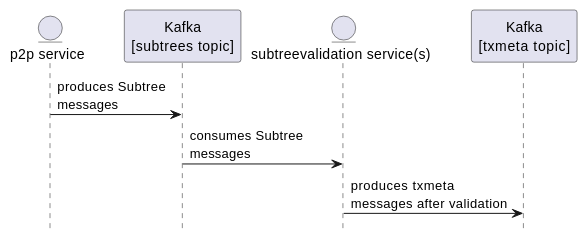
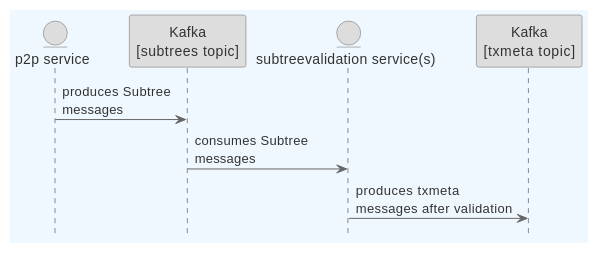
One commit to freemans13/teranode changed the diagram in services/subtreevalidation/README.md. Above: the diagram before and after it, drawn with PlantUML. The commit also changed 352 other files, not shown here.

````diff
--- a/services/subtreevalidation/README.md
+++ b/services/subtreevalidation/README.md
@@ -12,16 +12,38 @@
 ```plantuml
 @startuml
+skinparam backgroundColor #F0F8FF
+skinparam defaultFontColor #333333
+skinparam arrowColor #666666
+
+' Define borders for all elements
+skinparam entity {
+  BorderColor #666666
+  BackgroundColor #DDDDDD
+}
+
+skinparam control {
+  BorderColor #666666
+  BackgroundColor #DDDDDD
+}
+
+skinparam participant {
+  BorderColor #666666
+  BackgroundColor #DDDDDD
+}
+
+
+
 hide footbox
 
 entity "p2p service" as p2p
 participant "Kafka\n[subtrees topic]" as subtreesTopic
 entity "subtreevalidation service(s)" as subtreeValidation
 participant "Kafka\n[txmeta topic]" as txmetaTopic
 
 p2p -> subtreesTopic : produces Subtree\nmessages
 subtreesTopic -> subtreeValidation : consumes Subtree\nmessages
 subtreeValidation -> txmetaTopic : produces txmeta\nmessages after validation
 
 @enduml
 
 ```
````
